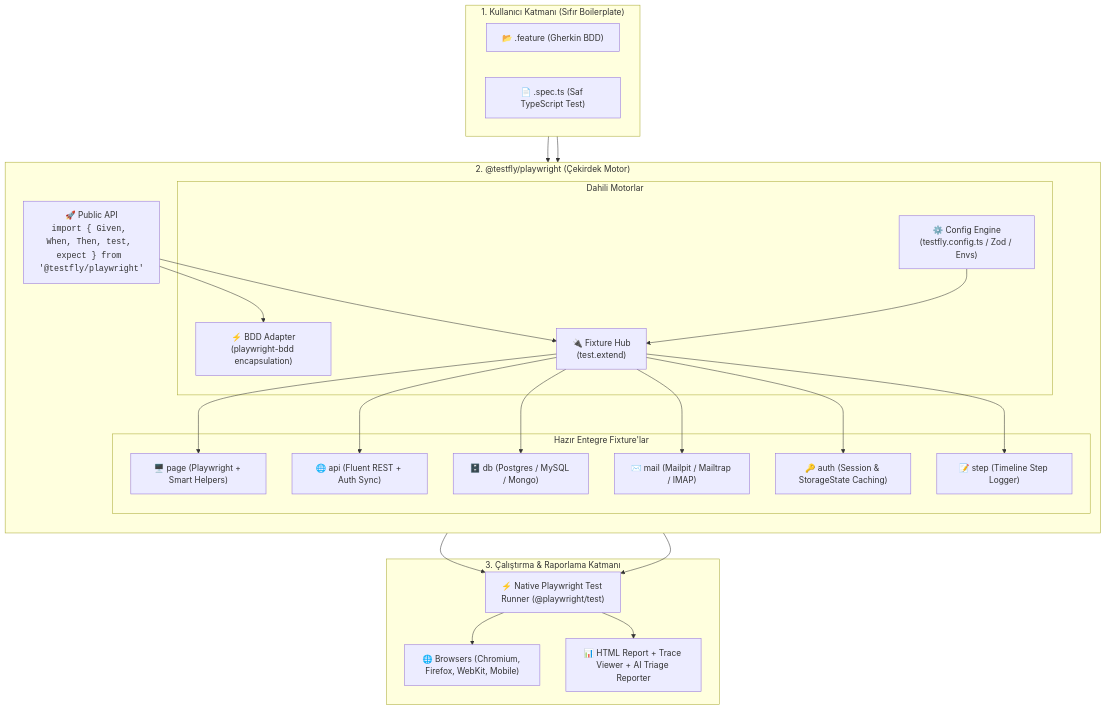
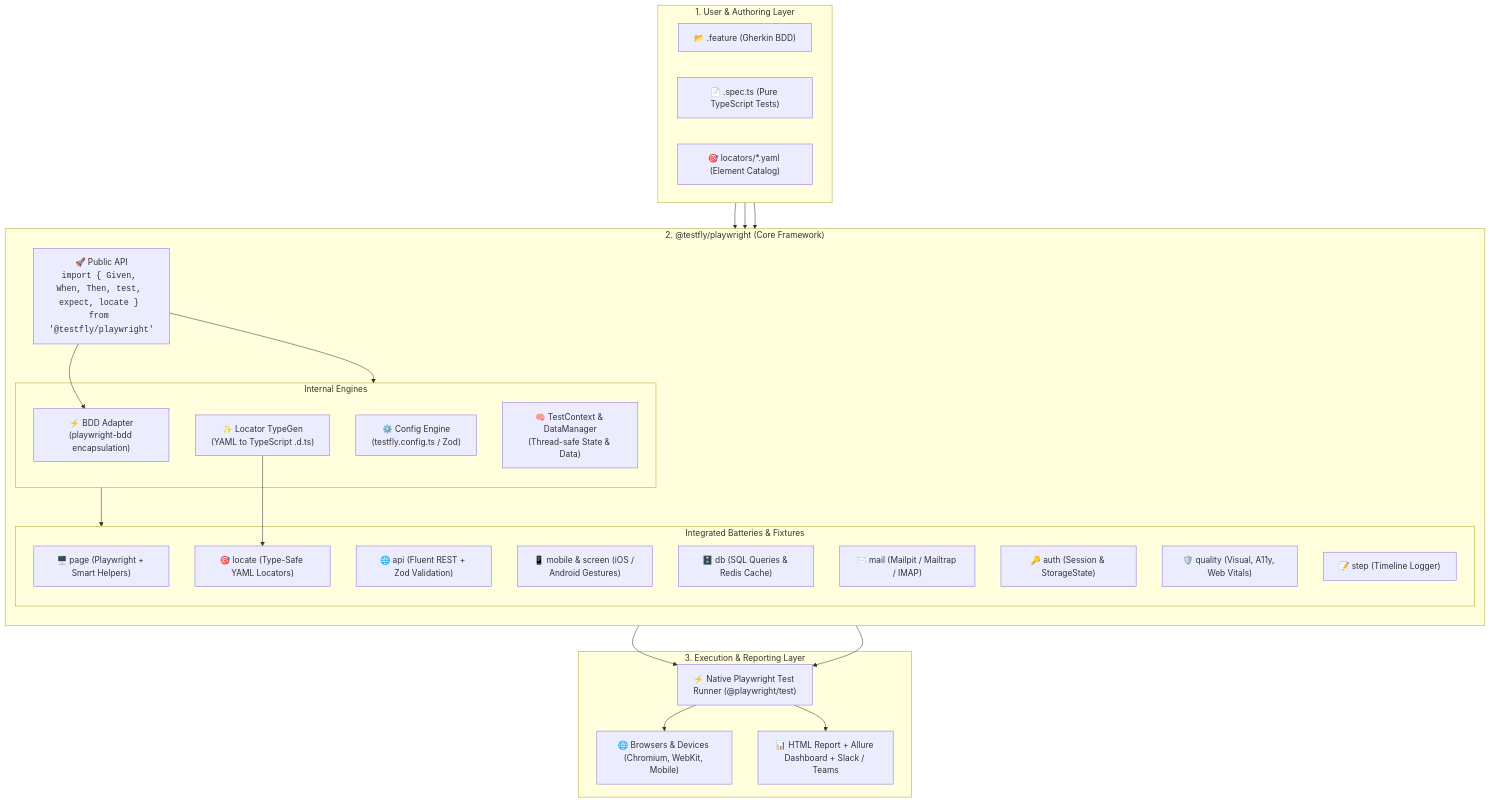
One commit to hakanngul/testfly-playwright changed the diagram in README.md. Above: the diagram before and after it, drawn with Mermaid. The commit also changed other lines of this file and 1 other file, not shown here.

Commit message:
docs: update framework documentation and add Turkish translation file

````diff
--- a/README.md
+++ b/README.md
@@ -20,53 +24,53 @@
 ```mermaid
 flowchart TB
-    subgraph UserLayer["1. Kullanıcı Katmanı (Sıfır Boilerplate)"]
+    subgraph UserLayer["1. User & Authoring Layer"]
         direction LR
         BDD["📂 .feature (Gherkin BDD)"]
-        Spec["📄 .spec.ts (Saf TypeScript Test)"]
+        Spec["📄 .spec.ts (Pure TypeScript Tests)"]
+        YAML["🎯 locators/*.yaml (Element Catalog)"]
     end
 
-    subgraph TestFlyCore["2. @testfly/playwright (Çekirdek Motor)"]
+    subgraph TestFlyCore["2. @testfly/playwright (Core Framework)"]
         direction TB
-        Entry["🚀 Public API<br/><code>import { Given, When, Then, test, expect } from '@testfly/playwright'</code>"]
+        Entry["🚀 Public API<br/><code>import { Given, When, Then, test, expect, locate } from '@testfly/playwright'</code>"]
         
-        subgraph InternalEngines["Dahili Motorlar"]
+        subgraph InternalEngines["Internal Engines"]
             BDD_Bridge["⚡ BDD Adapter<br/>(playwright-bdd encapsulation)"]
-            Config_Engine["⚙️ Config Engine<br/>(testfly.config.ts / Zod / Envs)"]
-            Fixture_Engine["🔌 Fixture Hub<br/>(test.extend)"]
+            Config_Engine["⚙️ Config Engine<br/>(testfly.config.ts / Zod)"]
+            TypeGen["✨ Locator TypeGen<br/>(YAML to TypeScript .d.ts)"]
+            State_Engine["🧠 TestContext & DataManager<br/>(Thread-safe State & Data)"]
         end
 
-        subgraph Batteries["Hazır Entegre Fixture'lar"]
+        subgraph Batteries["Integrated Batteries & Fixtures"]
             F_Page["🖥️ page (Playwright + Smart Helpers)"]
-            F_API["🌐 api (Fluent REST + Auth Sync)"]
-            F_DB["🗄️ db (Postgres / MySQL / Mongo)"]
+            F_Locate["🎯 locate (Type-Safe YAML Locators)"]
+            F_API["🌐 api (Fluent REST + Zod Validation)"]
+            F_Mobile["📱 mobile & screen (iOS / Android Gestures)"]
+            F_DB["🗄️ db (SQL Queries & Redis Cache)"]
             F_Mail["✉️ mail (Mailpit / Mailtrap / IMAP)"]
-            F_Auth["🔑 auth (Session & StorageState Caching)"]
-            F_Step["📝 step (Timeline Step Logger)"]
+            F_Auth["🔑 auth (Session & StorageState)"]
+            F_Quality["🛡️ quality (Visual, A11y, Web Vitals)"]
+            F_Step["📝 step (Timeline Logger)"]
         end
     end
 
-    subgraph ExecutionLayer["3. Çalıştırma & Raporlama Katmanı"]
+    subgraph ExecutionLayer["3. Execution & Reporting Layer"]
         PW_Runner["⚡ Native Playwright Test Runner (@playwright/test)"]
-        Browser["🌐 Browsers (Chromium, Firefox, WebKit, Mobile)"]
-        Reports["📊 HTML Report + Trace Viewer + AI Triage Reporter"]
+        Browser["🌐 Browsers & Devices (Chromium, WebKit, Mobile)"]
+        Reports["📊 HTML Report + Allure Dashboard + Slack / Teams"]
     end
 
-    %% Bağlantılar
+    %% Connections
     BDD --> Entry
     Spec --> Entry
+    YAML --> TypeGen
+    TypeGen --> F_Locate
     Entry --> BDD_Bridge
-    Entry --> Fixture_Engine
-    Config_Engine --> Fixture_Engine
+    Entry --> InternalEngines
     
-    Fixture_Engine --> F_Page
-    Fixture_Engine --> F_API
-    Fixture_Engine --> F_DB
-    Fixture_Engine --> F_Mail
-    Fixture_Engine --> F_Auth
-    Fixture_Engine --> F_Step
-
+    InternalEngines --> Batteries
+    Batteries --> PW_Runner
     BDD_Bridge --> PW_Runner
-    Fixture_Engine --> PW_Runner
     PW_Runner --> Browser
     PW_Runner --> Reports
 ```
````
